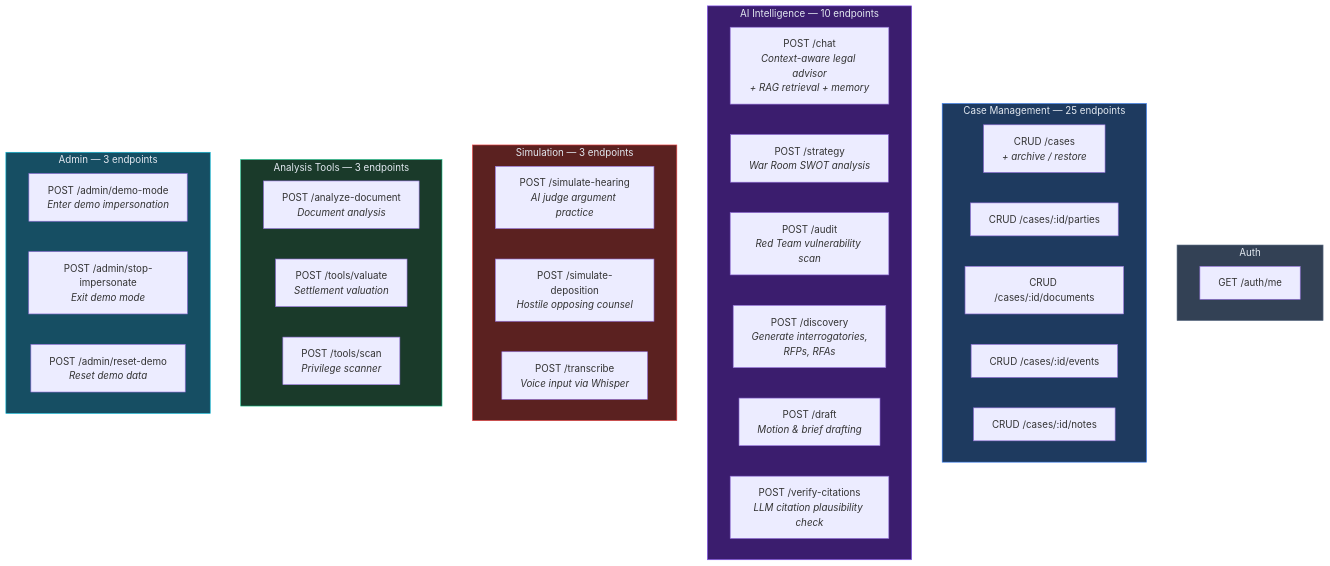
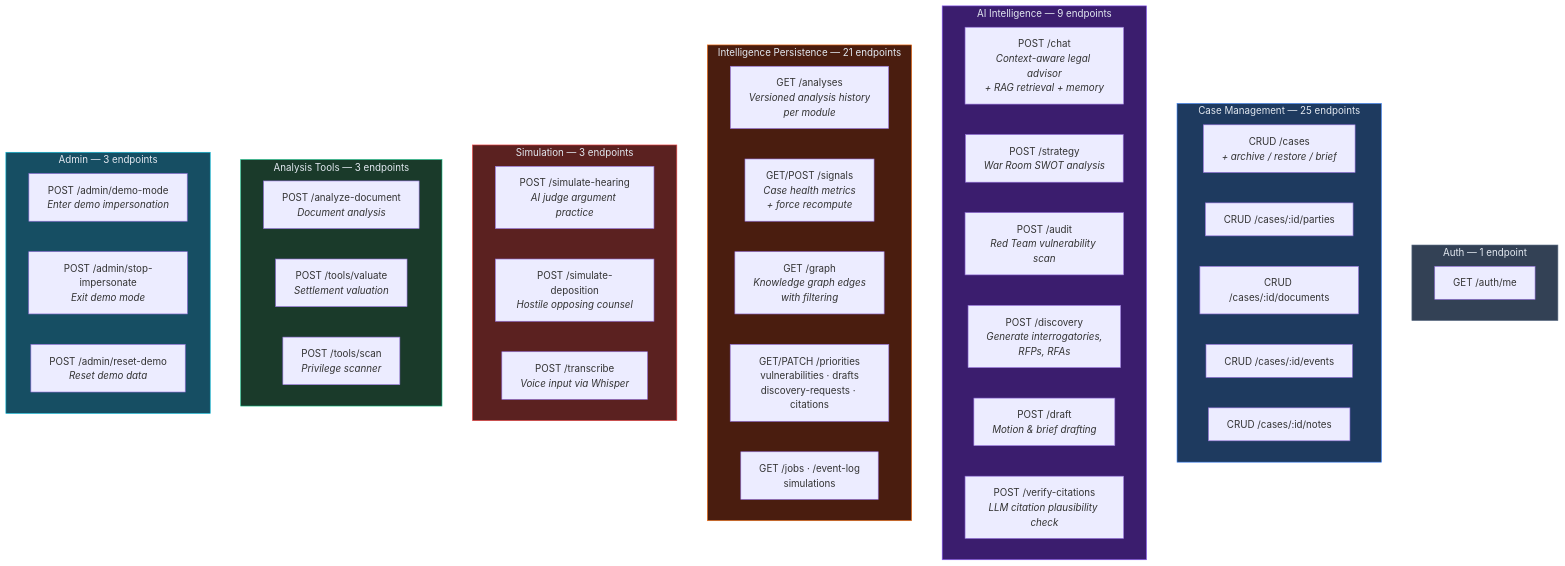
Before and after one commit to EolaFam1828/AetherLegalIntelligence: the eighth of 12 diagrams in ARCHITECTURE.md, drawn with Mermaid. The commit also changed other lines of this file and 2 other files, not shown here.

First line of the commit message:
Sync docs: intelligence architecture, 25 models, 63 endpoints, signals, knowledge graph

````diff
--- a/ARCHITECTURE.md
+++ b/ARCHITECTURE.md
@@ -357,48 +547,57 @@
 ```mermaid
 flowchart TB
-    subgraph AUTH["Auth"]
+    subgraph AUTH["Auth — 1 endpoint"]
         A1["GET /auth/me"]
     end
 
     subgraph CASE_MGMT["Case Management — 25 endpoints"]
-        C1["CRUD /cases<br/><i>+ archive / restore</i>"]
+        C1["CRUD /cases<br/><i>+ archive / restore / brief</i>"]
         C2["CRUD /cases/:id/parties"]
         C3["CRUD /cases/:id/documents"]
         C4["CRUD /cases/:id/events"]
         C5["CRUD /cases/:id/notes"]
     end
 
-    subgraph AI_INTEL["AI Intelligence — 10 endpoints"]
+    subgraph AI_INTEL["AI Intelligence — 9 endpoints"]
         I1["POST /chat<br/><i>Context-aware legal advisor<br/>+ RAG retrieval + memory</i>"]
         I2["POST /strategy<br/><i>War Room SWOT analysis</i>"]
         I3["POST /audit<br/><i>Red Team vulnerability scan</i>"]
         I4["POST /discovery<br/><i>Generate interrogatories,<br/>RFPs, RFAs</i>"]
         I5["POST /draft<br/><i>Motion & brief drafting</i>"]
         I6["POST /verify-citations<br/><i>LLM citation plausibility check</i>"]
+    end
+
+    subgraph INTEL_API["Intelligence Persistence — 21 endpoints"]
+        IA1["GET /analyses<br/><i>Versioned analysis history<br/>per module</i>"]
+        IA2["GET/POST /signals<br/><i>Case health metrics<br/>+ force recompute</i>"]
+        IA3["GET /graph<br/><i>Knowledge graph edges<br/>with filtering</i>"]
+        IA4["GET/PATCH /priorities<br/>vulnerabilities · drafts<br/>discovery-requests · citations"]
+        IA5["GET /jobs · /event-log<br/>simulations"]
     end
 
     subgraph SIMULATION["Simulation — 3 endpoints"]
         S1["POST /simulate-hearing<br/><i>AI judge argument practice</i>"]
         S2["POST /simulate-deposition<br/><i>Hostile opposing counsel</i>"]
         S3["POST /transcribe<br/><i>Voice input via Whisper</i>"]
     end
 
     subgraph TOOLS["Analysis Tools — 3 endpoints"]
         T1["POST /analyze-document<br/><i>Document analysis</i>"]
         T2["POST /tools/valuate<br/><i>Settlement valuation</i>"]
         T3["POST /tools/scan<br/><i>Privilege scanner</i>"]
     end
 
     subgraph ADMIN["Admin — 3 endpoints"]
         AD1["POST /admin/demo-mode<br/><i>Enter demo impersonation</i>"]
         AD2["POST /admin/stop-impersonate<br/><i>Exit demo mode</i>"]
         AD3["POST /admin/reset-demo<br/><i>Reset demo data</i>"]
     end
 
     style AUTH fill:#334155,stroke:#64748b,color:#e2e8f0
     style CASE_MGMT fill:#1e3a5f,stroke:#3b82f6,color:#e2e8f0
     style AI_INTEL fill:#3b1d6e,stroke:#8b5cf6,color:#e2e8f0
+    style INTEL_API fill:#4a1d0f,stroke:#f97316,color:#e2e8f0
     style SIMULATION fill:#5b2120,stroke:#ef4444,color:#e2e8f0
     style TOOLS fill:#1a3a2a,stroke:#10b981,color:#e2e8f0
     style ADMIN fill:#164e63,stroke:#06b6d4,color:#e2e8f0
 ```
````
